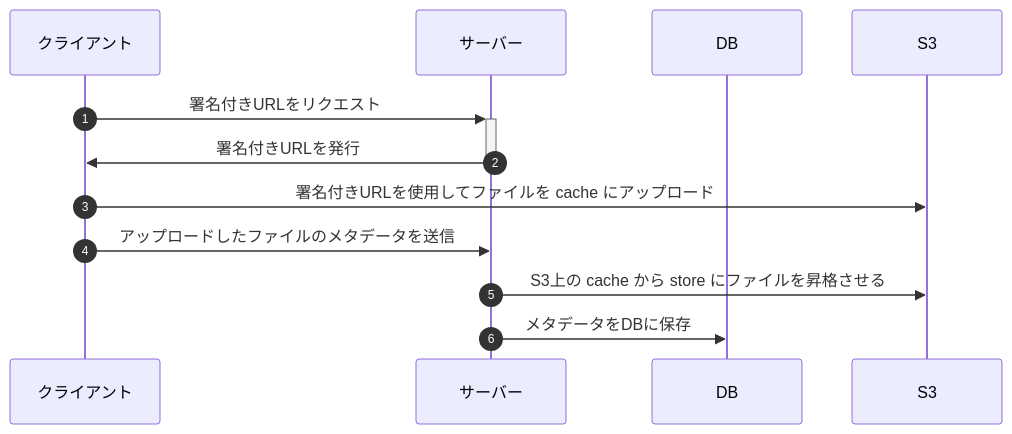
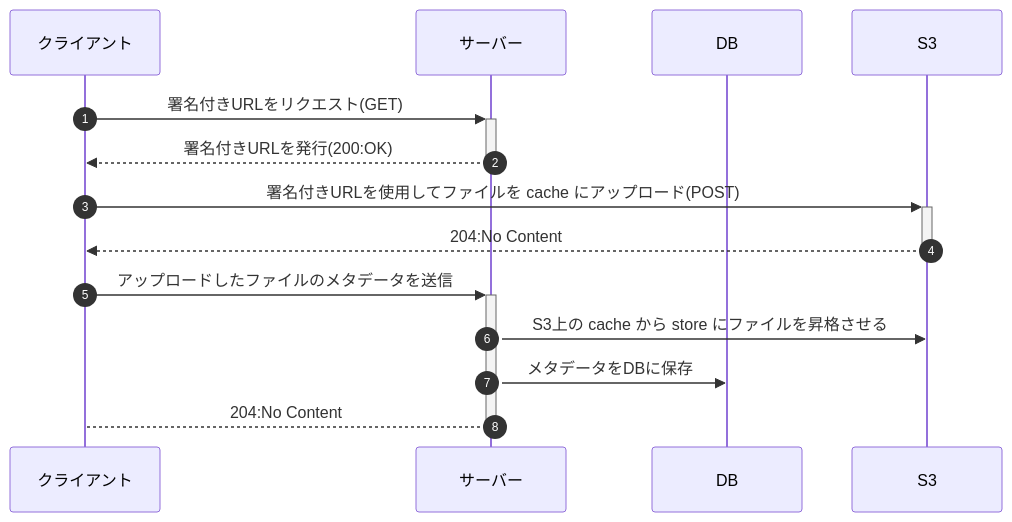
The diagram in README.md (MorrisFreeman/direct-upload-demo), drawn with Mermaid before and after one commit. The commit also changed 1 other file, not shown here.

Commit message:
readme修正

````diff
--- a/README.md
+++ b/README.md
@@ -6,16 +6,18 @@
 ```mermaid
 sequenceDiagram
     autonumber
     participant Client as クライアント
     participant Server as サーバー
     participant DB as DB
     participant S3 as S3
 
 
-    Client->>+Server: 署名付きURLをリクエスト
-    Server->>-Client: 署名付きURLを発行
-    Client->>S3: 署名付きURLを使用してファイルを cache にアップロード
-    Client->>Server: アップロードしたファイルのメタデータを送信
+    Client->>+Server: 署名付きURLをリクエスト(GET)
+    Server-->>-Client: 署名付きURLを発行(200:OK)
+    Client->>+S3: 署名付きURLを使用してファイルを cache にアップロード(POST)
+    S3-->>-Client: 204:No Content
+    Client->>+Server: アップロードしたファイルのメタデータを送信
     Server->>S3: S3上の cache から store にファイルを昇格させる
     Server->>DB: メタデータをDBに保存
+    Server-->-Client: 204:No Content
 ```
````
